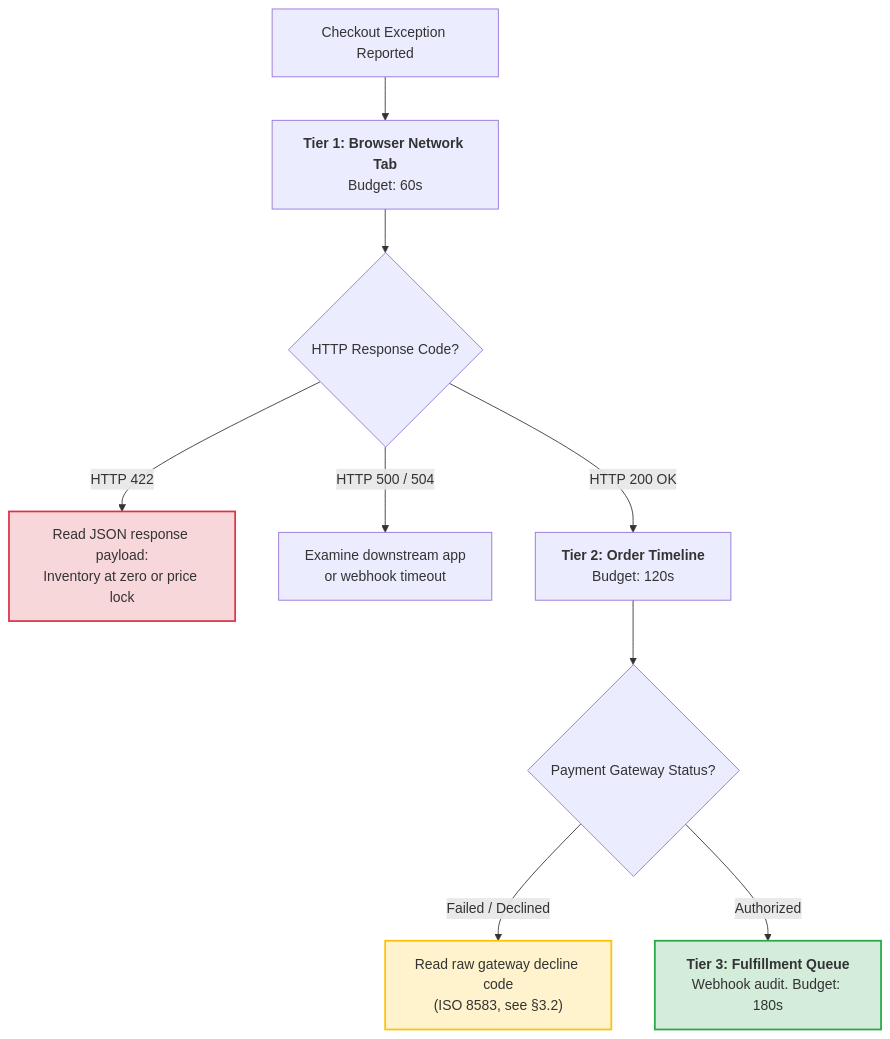
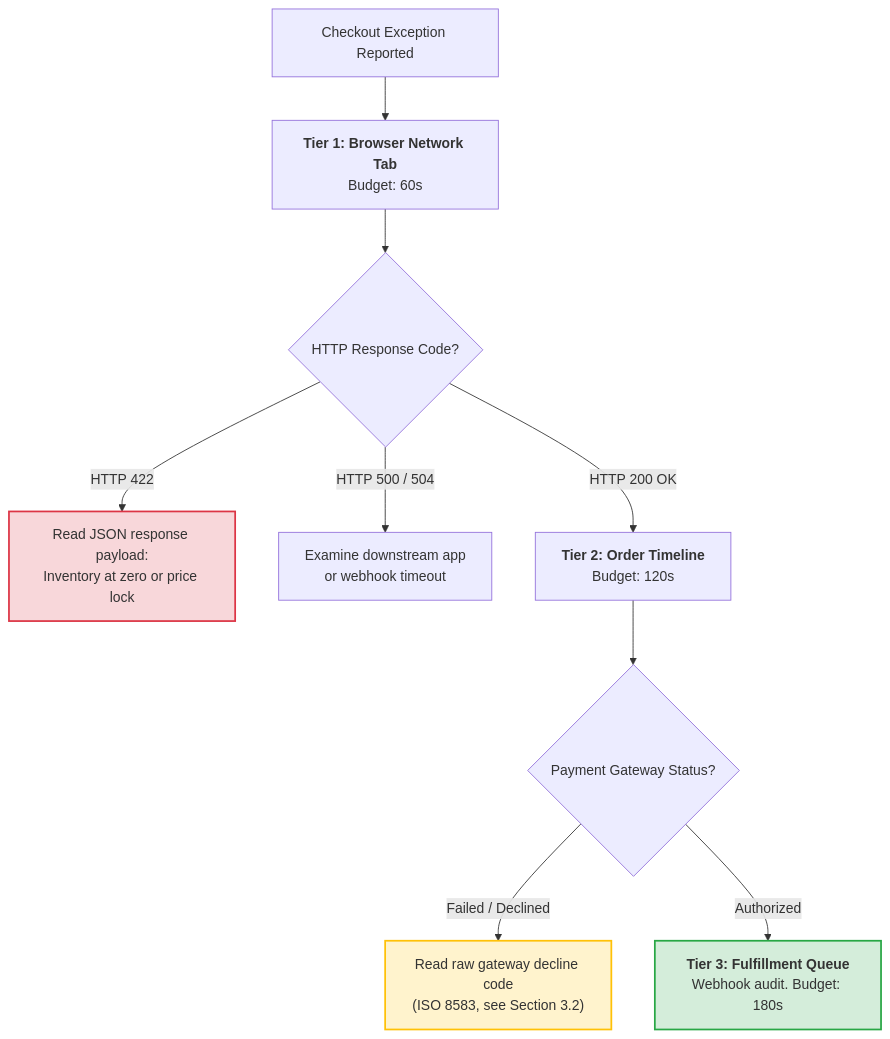
The second of 5 diagrams in domain-5-technical-diagnosis/MasterDossier-Domain5-MarginDefenseAndCartDiagnostics.md (riovicsusas/portfolio), drawn with Mermaid before and after one commit. The commit also changed other lines of this file and 6 other files, not shown here.

````diff
--- a/domain-5-technical-diagnosis/MasterDossier-Domain5-MarginDefenseAndCartDiagnostics.md
+++ b/domain-5-technical-diagnosis/MasterDossier-Domain5-MarginDefenseAndCartDiagnostics.md
@@ -100,15 +100,15 @@
 ```mermaid
 flowchart TD
     A["Checkout Exception Reported"] --> B["<b>Tier 1: Browser Network Tab</b><br/>Budget: 60s"]
     B --> C{"HTTP Response Code?"}
     C -- "HTTP 422" --> D["Read JSON response payload:<br/>Inventory at zero or price lock"]
     C -- "HTTP 500 / 504" --> E["Examine downstream app<br/>or webhook timeout"]
     C -- "HTTP 200 OK" --> F["<b>Tier 2: Order Timeline</b><br/>Budget: 120s"]
     F --> G{"Payment Gateway Status?"}
-    G -- "Failed / Declined" --> H["Read raw gateway decline code<br/>(ISO 8583, see §3.2)"]
+    G -- "Failed / Declined" --> H["Read raw gateway decline code<br/>(ISO 8583, see Section 3.2)"]
     G -- "Authorized" --> I["<b>Tier 3: Fulfillment Queue</b><br/>Webhook audit. Budget: 180s"]
 
     style D fill:#f8d7da,stroke:#dc3545,stroke-width:2px;
     style H fill:#fff3cd,stroke:#ffc107,stroke-width:2px;
     style I fill:#d4edda,stroke:#28a745,stroke-width:2px;
 ```
````
